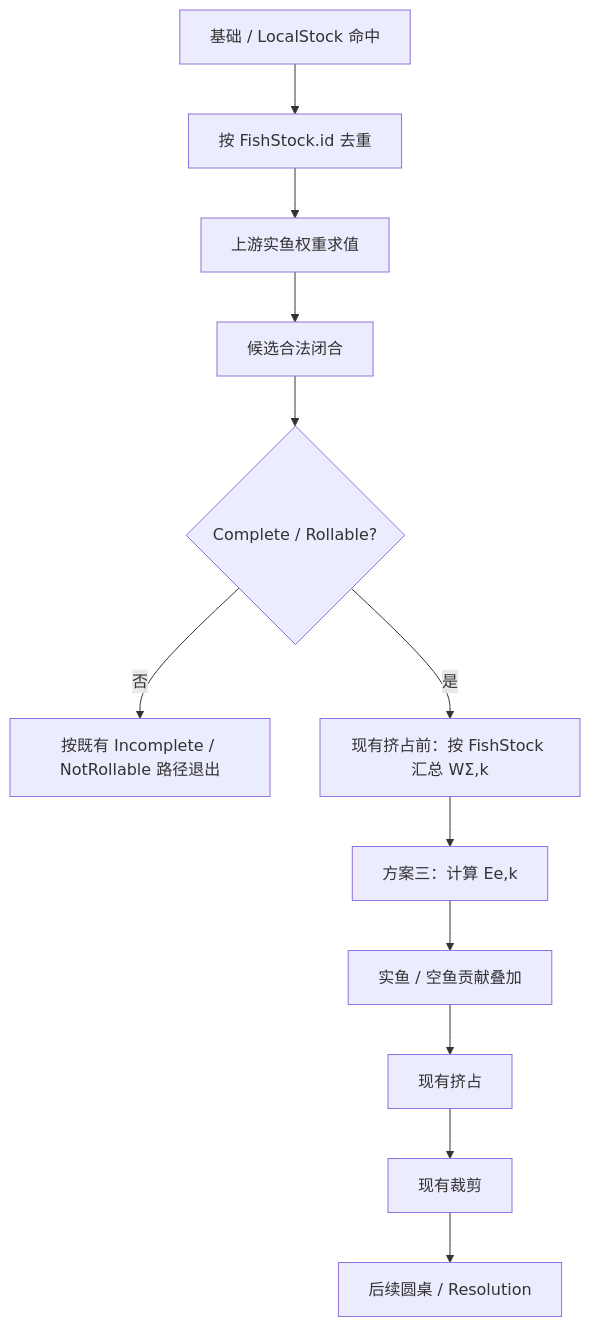
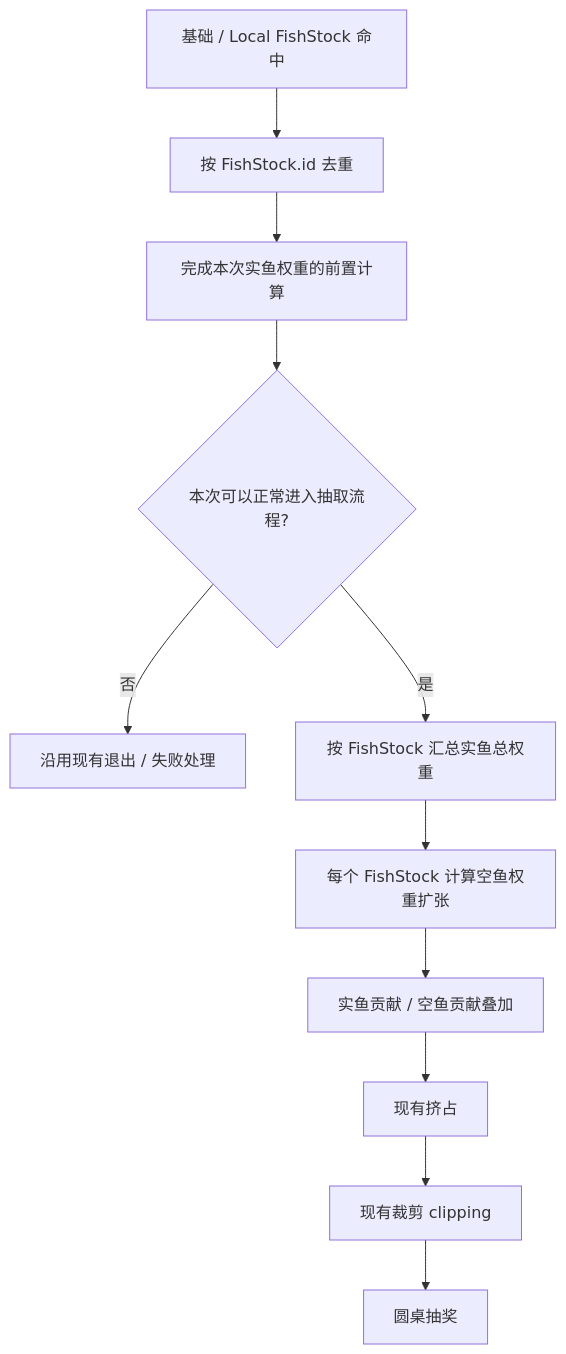
The second of 2 diagrams in docs/real-fish-weight-anchor-no-fish-expansion-dev-spec.md (futouyiba/HitFish-Up), drawn with Mermaid before and after one commit. The commit also changed other lines of this file, not shown here.

Commit message:
docs: reframe none-fish optimization as 0.3.4.1 task

````diff
--- a/docs/real-fish-weight-anchor-no-fish-expansion-dev-spec.md
+++ b/docs/real-fish-weight-anchor-no-fish-expansion-dev-spec.md
@@ -242,14 +235,13 @@
 ```mermaid
 flowchart TD
-    A[基础 / LocalStock 命中] --> B[按 FishStock.id 去重]
-    B --> C[上游实鱼权重求值]
-    C --> D[候选合法闭合]
-    D --> E{Complete / Rollable?}
-    E -- 否 --> X[按既有 Incomplete / NotRollable 路径退出]
-    E -- 是 --> F[现有挤占前：按 FishStock 汇总 WΣ,k]
-    F --> G[方案三：计算 Ee,k]
-    G --> H[实鱼 / 空鱼贡献叠加]
-    H --> I[现有挤占]
-    I --> J[现有裁剪]
-    J --> K[后续圆桌 / Resolution]
+    A[基础 / Local FishStock 命中] --> B[按 FishStock.id 去重]
+    B --> C[完成本次实鱼权重的前置计算]
+    C --> D{本次可以正常进入抽取流程?}
+    D -- 否 --> X[沿用现有退出 / 失败处理]
+    D -- 是 --> E[按 FishStock 汇总实鱼总权重]
+    E --> F[每个 FishStock 计算空鱼权重扩张]
+    F --> G[实鱼贡献 / 空鱼贡献叠加]
+    G --> H[现有挤占]
+    H --> I[现有裁剪 clipping]
+    I --> J[圆桌抽奖]
 ```
````
